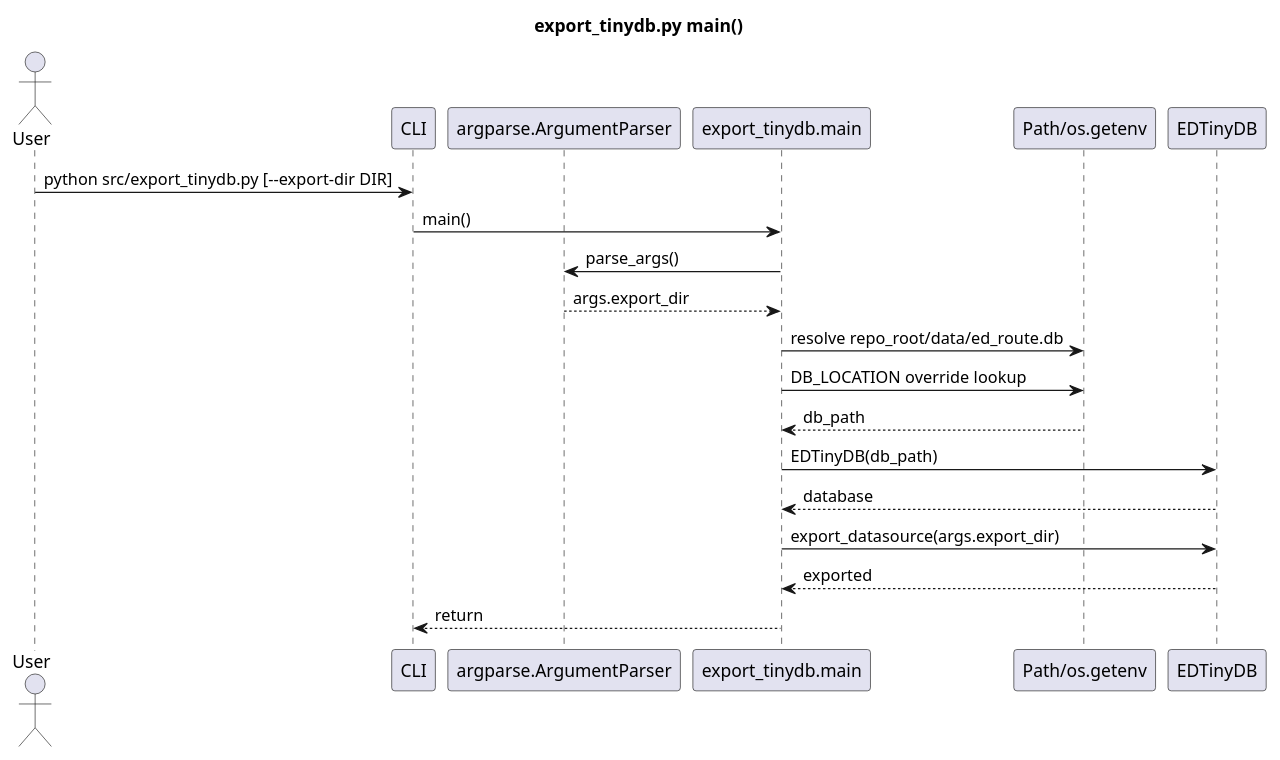
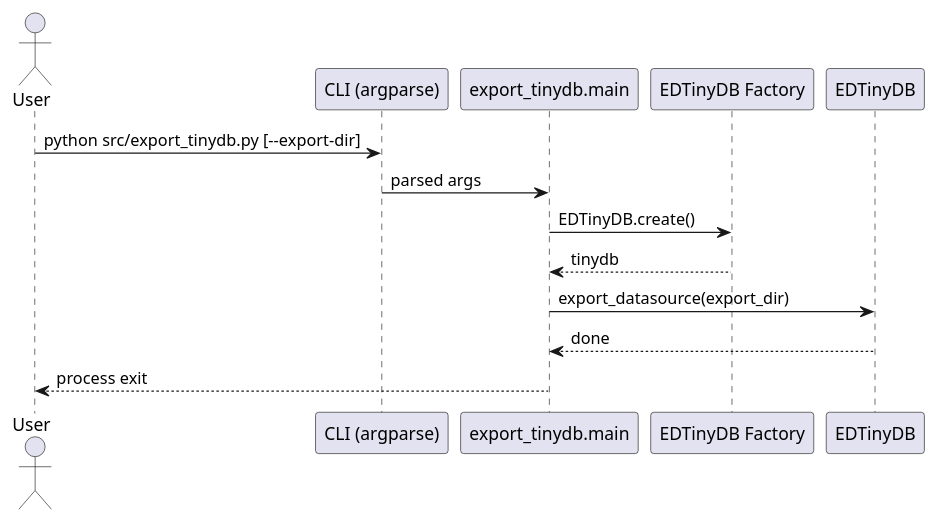
The fourth of 4 diagrams in docs/datastore_transfer_sequences.puml (fazleskhan/elite_dangerous_discord_tools), drawn with PlantUML before and after one commit. The commit also changed other lines of this file and 30 other files, not shown here.

Commit message:
updated code comments, README.md, and sequence diagrams. Added new sequence diagrams for the initialization of EDRouteService in both discord_bot.py and main.py. blacked the source

```diff
--- a/docs/datastore_transfer_sequences.puml
+++ b/docs/datastore_transfer_sequences.puml
@@ -65,23 +49,15 @@
-@startuml Export Tinydb Sequence Diagram
-title export_tinydb.py main()
-
+@startuml export_tinydb
 actor User
-participant "CLI" as CLI
-participant "argparse.ArgumentParser" as Parser
+participant "CLI (argparse)" as CLI
 participant "export_tinydb.main" as Main
-participant "Path/os.getenv" as Env
+participant "EDTinyDB Factory" as TinyFactory
 participant "EDTinyDB" as TinyDB
 
-User -> CLI: python src/export_tinydb.py [--export-dir DIR]
-CLI -> Main: main()
-Main -> Parser: parse_args()
-Parser --> Main: args.export_dir
-Main -> Env: resolve repo_root/data/ed_route.db
-Main -> Env: DB_LOCATION override lookup
-Env --> Main: db_path
-Main -> TinyDB: EDTinyDB(db_path)
-TinyDB --> Main: database
-Main -> TinyDB: export_datasource(args.export_dir)
-TinyDB --> Main: exported
-Main --> CLI: return
+User -> CLI : python src/export_tinydb.py [--export-dir]
+CLI -> Main : parsed args
+Main -> TinyFactory : EDTinyDB.create()
+TinyFactory --> Main : tinydb
+Main -> TinyDB : export_datasource(export_dir)
+TinyDB --> Main : done
+Main --> User : process exit
 @enduml
```
